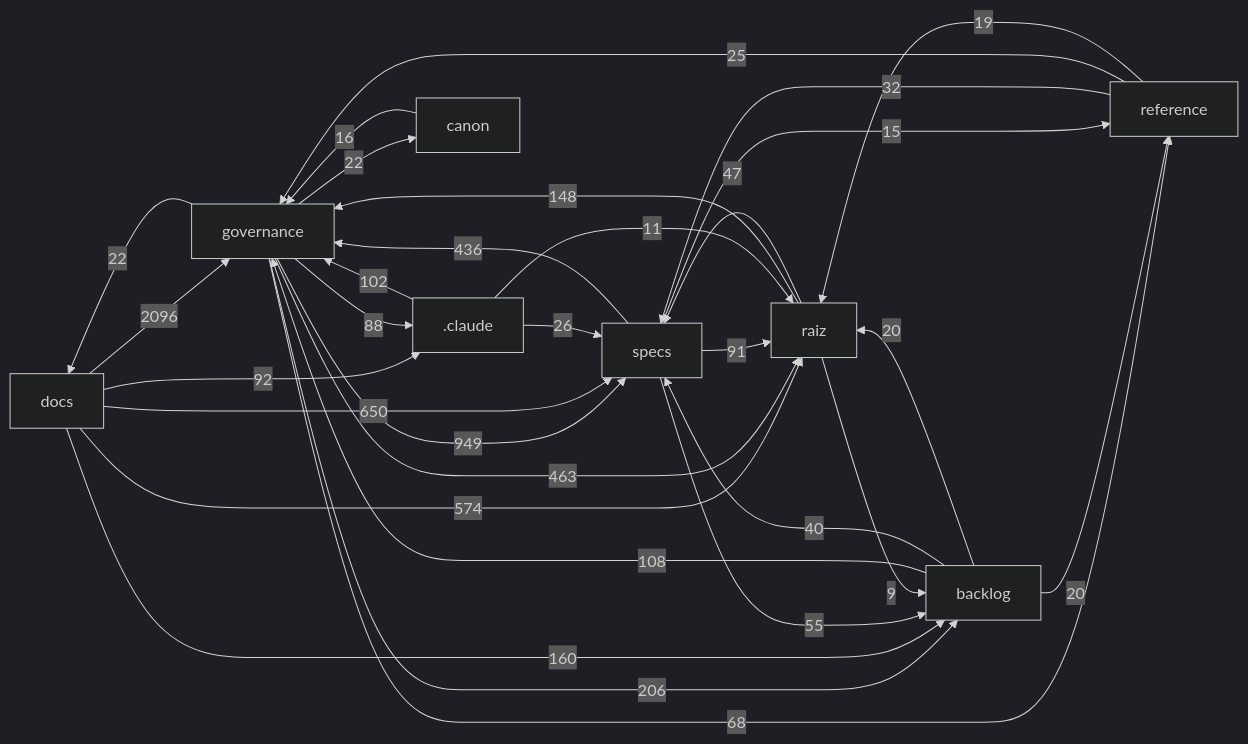
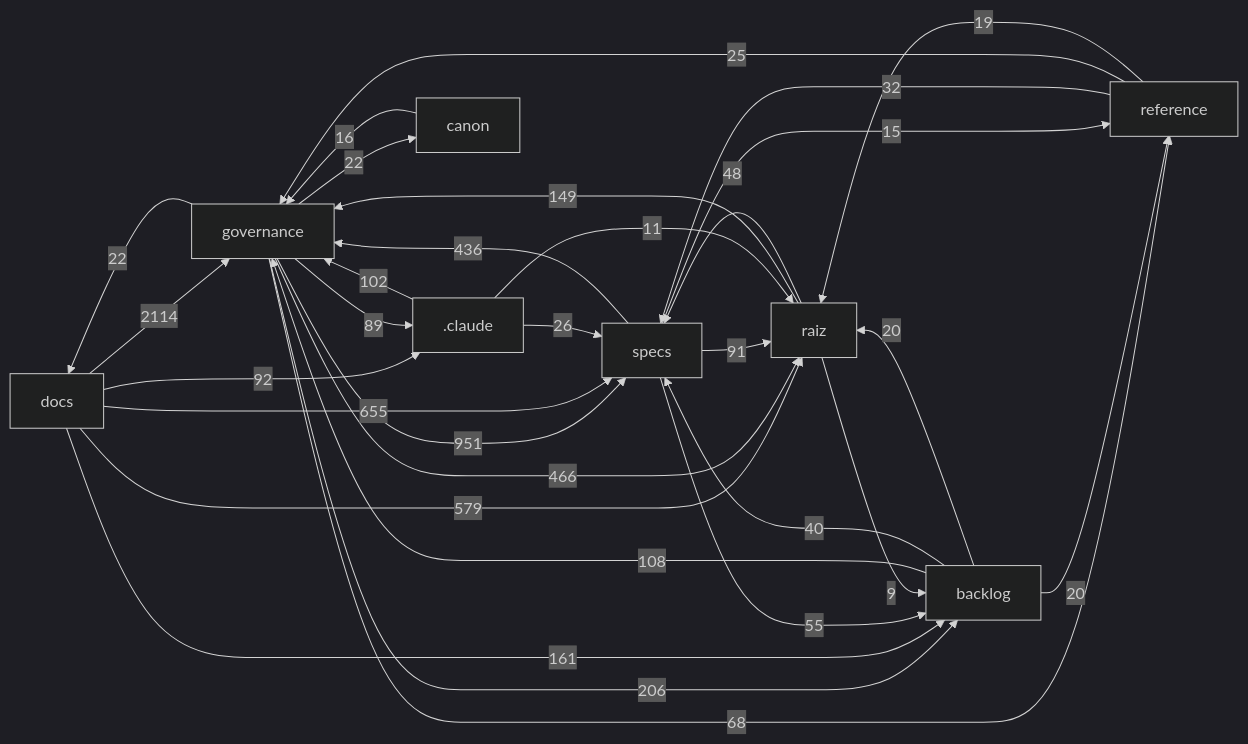
One commit to Andraus35/Sistema-Operacional-de-Trading--SOT changed the diagram in docs/mapa/MAPA-PROJETO.md. Above: the diagram before and after it, drawn with Mermaid (dark theme). The commit also changed other lines of this file and 10 other files, not shown here.

````diff
--- a/docs/mapa/MAPA-PROJETO.md
+++ b/docs/mapa/MAPA-PROJETO.md
@@ -29,33 +29,33 @@
 ```mermaid
 flowchart LR
-  docs["docs"] -->|2096| governance["governance"]
-  governance["governance"] -->|949| specs["specs"]
-  docs["docs"] -->|650| specs["specs"]
-  docs["docs"] -->|574| raiz["raiz"]
-  governance["governance"] -->|463| raiz["raiz"]
+  docs["docs"] -->|2114| governance["governance"]
+  governance["governance"] -->|951| specs["specs"]
+  docs["docs"] -->|655| specs["specs"]
+  docs["docs"] -->|579| raiz["raiz"]
+  governance["governance"] -->|466| raiz["raiz"]
   specs["specs"] -->|436| governance["governance"]
   governance["governance"] -->|206| backlog["backlog"]
-  docs["docs"] -->|160| backlog["backlog"]
-  raiz["raiz"] -->|148| governance["governance"]
+  docs["docs"] -->|161| backlog["backlog"]
+  raiz["raiz"] -->|149| governance["governance"]
   backlog["backlog"] -->|108| governance["governance"]
   _claude[".claude"] -->|102| governance["governance"]
   docs["docs"] -->|92| _claude[".claude"]
   specs["specs"] -->|91| raiz["raiz"]
-  governance["governance"] -->|88| _claude[".claude"]
+  governance["governance"] -->|89| _claude[".claude"]
   governance["governance"] -->|68| reference["reference"]
   specs["specs"] -->|55| backlog["backlog"]
-  raiz["raiz"] -->|47| specs["specs"]
+  raiz["raiz"] -->|48| specs["specs"]
   backlog["backlog"] -->|40| specs["specs"]
   reference["reference"] -->|32| specs["specs"]
   _claude[".claude"] -->|26| specs["specs"]
   reference["reference"] -->|25| governance["governance"]
   governance["governance"] -->|22| docs["docs"]
   governance["governance"] -->|22| canon["canon"]
   backlog["backlog"] -->|20| raiz["raiz"]
   backlog["backlog"] -->|20| reference["reference"]
   reference["reference"] -->|19| raiz["raiz"]
   canon["canon"] -->|16| governance["governance"]
   specs["specs"] -->|15| reference["reference"]
   _claude[".claude"] -->|11| raiz["raiz"]
   raiz["raiz"] -->|9| backlog["backlog"]
 ```
````
